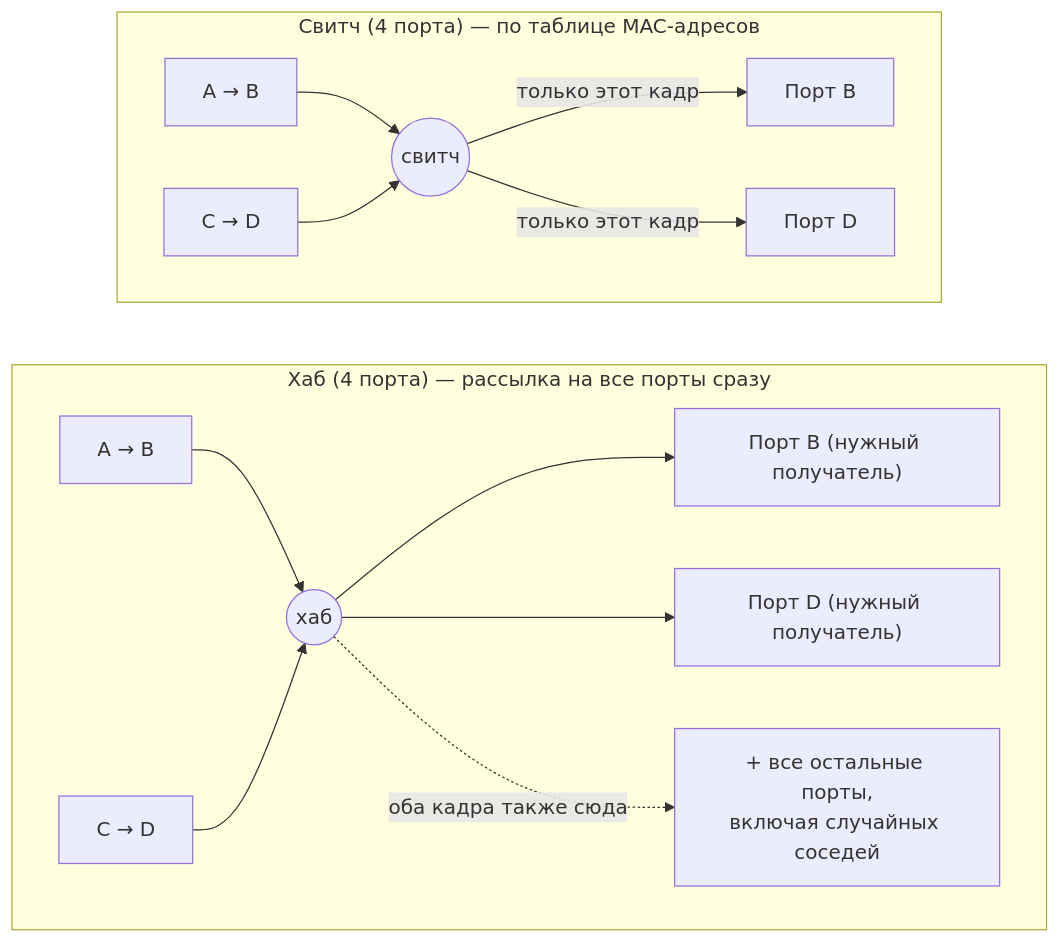
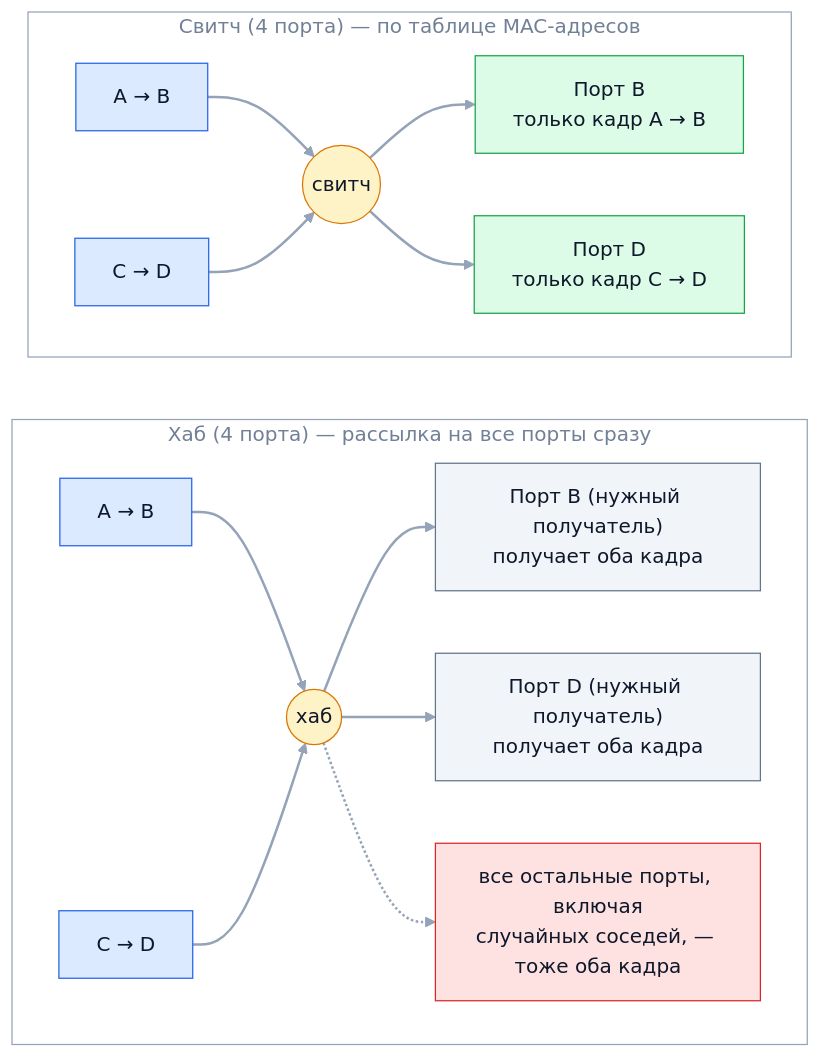
Before and after one commit to bogdan111305/java-senior-roadmap: the third of 3 diagrams in kb/01-fundamentals/03-networking-basics/02-ethernet-data-link.md, drawn with Mermaid. The commit also changed other lines of this file and 31 other files, not shown here.

````diff
--- a/kb/01-fundamentals/03-networking-basics/02-ethernet-data-link.md
+++ b/kb/01-fundamentals/03-networking-basics/02-ethernet-data-link.md
@@ -145,19 +165,32 @@
 ```mermaid
 flowchart LR
     subgraph Hub["Хаб (4 порта) — рассылка на все порты сразу"]
         direction LR
         HA["A → B"] --> H0(("хаб"))
         HC["C → D"] --> H0
-        H0 --> HB["Порт B (нужный получатель)"]
-        H0 --> HD["Порт D (нужный получатель)"]
-        H0 -. оба кадра также сюда .-> HX["+ все остальные порты,<br/>включая случайных соседей"]
+        H0 --> HB["Порт B (нужный получатель)<br/>получает оба кадра"]
+        H0 --> HD["Порт D (нужный получатель)<br/>получает оба кадра"]
+        H0 -.-> HX["все остальные порты, включая<br/>случайных соседей, — тоже оба кадра"]
     end
 
     subgraph Switch["Свитч (4 порта) — по таблице MAC-адресов"]
         direction LR
         SA["A → B"] --> S0(("свитч"))
         SC["C → D"] --> S0
-        S0 -->|"только этот кадр"| SB["Порт B"]
-        S0 -->|"только этот кадр"| SD["Порт D"]
+        S0 --> SB["Порт B<br/>только кадр A → B"]
+        S0 --> SD["Порт D<br/>только кадр C → D"]
     end
+    classDef main fill:#dbeafe,stroke:#2563eb,color:#0f172a
+    classDef accent fill:#fef3c7,stroke:#d97706,color:#0f172a
+    classDef good fill:#dcfce7,stroke:#16a34a,color:#0f172a
+    classDef muted fill:#f1f5f9,stroke:#64748b,color:#0f172a
+    classDef bad fill:#fee2e2,stroke:#dc2626,color:#0f172a
+    class HA,HC,SA,SC main
+    class H0,S0 accent
+    class HB,HD muted
+    class HX bad
+    class SB,SD good
+    style Hub fill:none,stroke:#94a3b8,color:#718096
+    style Switch fill:none,stroke:#94a3b8,color:#718096
+    linkStyle default stroke:#94a3b8,stroke-width:2px
 ```
````
